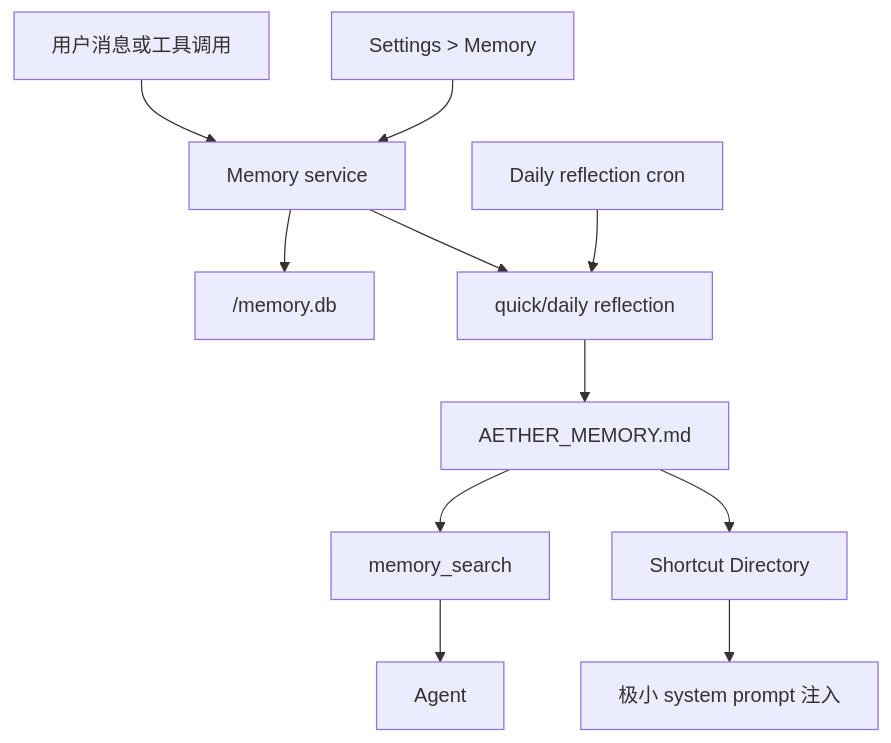
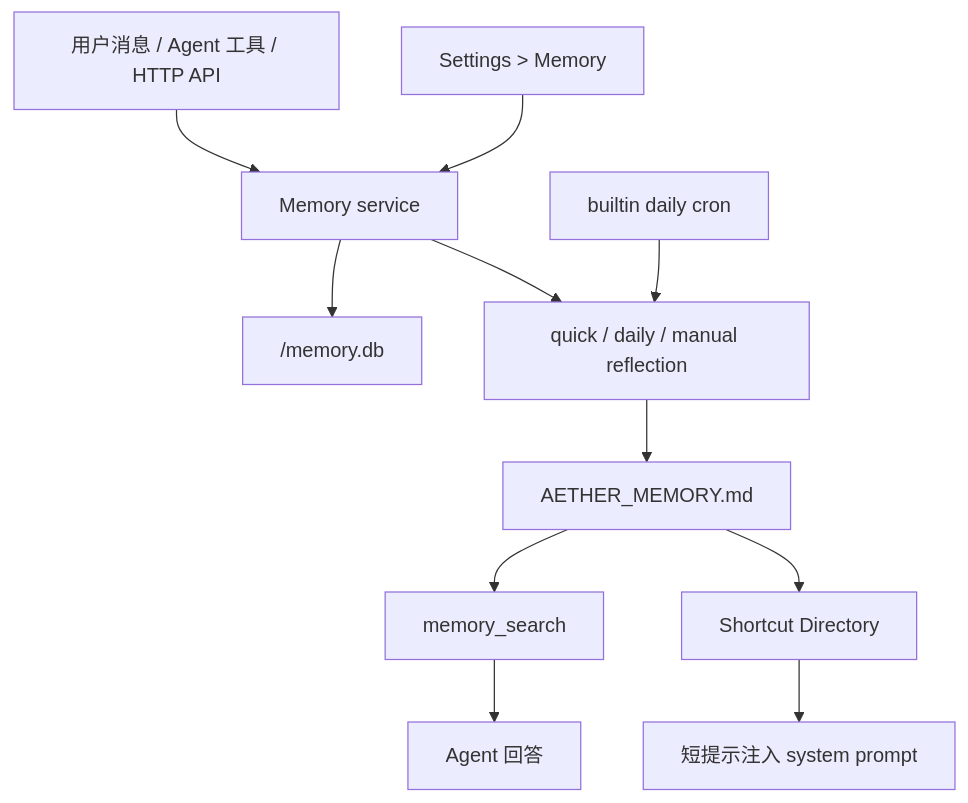
One commit to Science-Discovery/Aether changed the first of 2 diagrams in docs/memory-system.zh-CN.md. Above: the diagram before and after it, drawn with Mermaid. The commit also changed other lines of this file and 4 other files, not shown here.

Commit message:
fix memory initialization and reflection runtime failures

````diff
--- a/docs/memory-system.zh-CN.md
+++ b/docs/memory-system.zh-CN.md
@@ -94,13 +49,13 @@
 ```mermaid
 flowchart TD
-  User["用户消息或工具调用"] --> Service["Memory service"]
+  User["用户消息 / Agent 工具 / HTTP API"] --> Service["Memory service"]
   Service --> DB["<channel>/memory.db"]
-  Service --> Reflect["quick/daily reflection"]
+  Service --> Reflect["quick / daily / manual reflection"]
   Reflect --> MD["AETHER_MEMORY.md"]
   MD --> Search["memory_search"]
-  Search --> Agent["Agent"]
+  Search --> Agent["Agent 回答"]
   MD --> Shortcut["Shortcut Directory"]
-  Shortcut --> Prompt["极小 system prompt 注入"]
-  Cron["Daily reflection cron"] --> Reflect
+  Shortcut --> Prompt["短提示注入 system prompt"]
+  Cron["builtin daily cron"] --> Reflect
   UI["Settings > Memory"] --> Service
 ```
````
